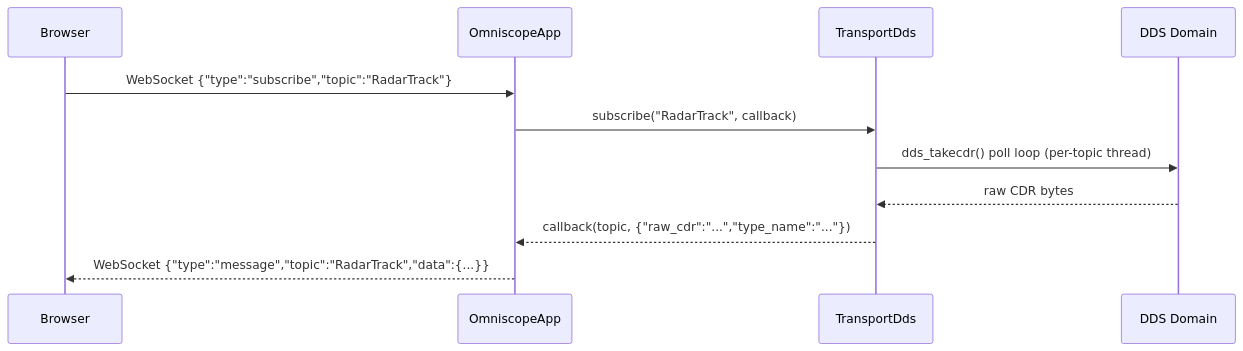
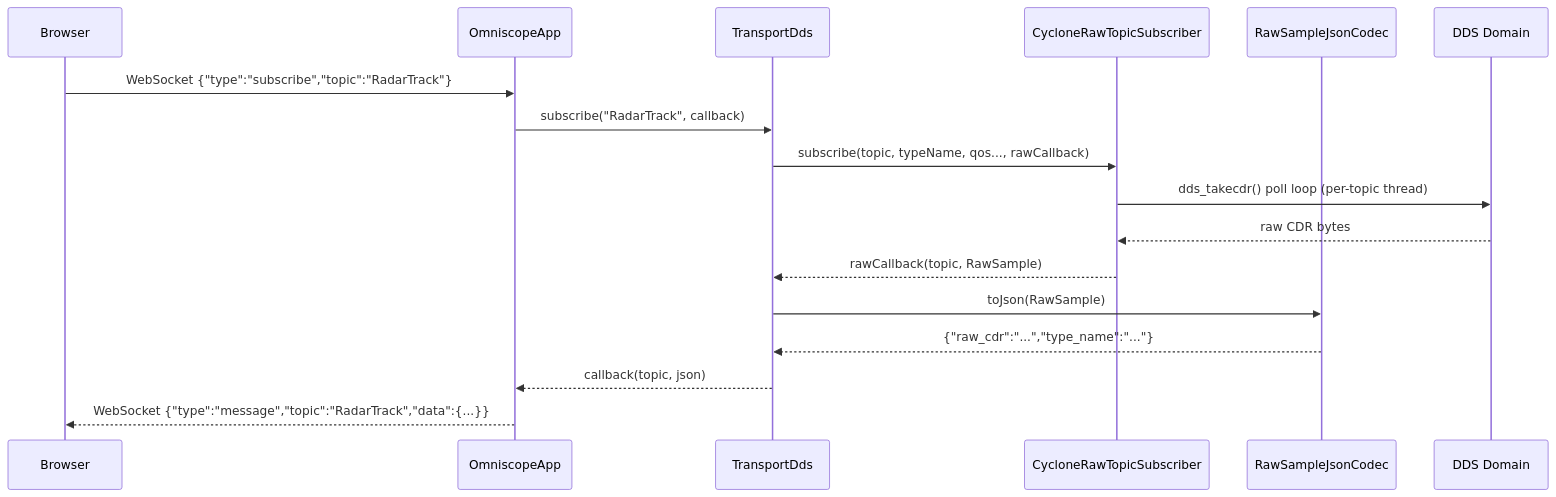
One commit to sfestenstein/ContainerizedCPP changed the fourth of 5 diagrams in src/apps/OmniscopeDds/DESIGN.md. Above: the diagram before and after it, drawn with Mermaid. The commit also changed other lines of this file and 26 other files, not shown here.

````diff
--- a/src/apps/OmniscopeDds/DESIGN.md
+++ b/src/apps/OmniscopeDds/DESIGN.md
@@ -108,14 +191,20 @@
 ```mermaid
 sequenceDiagram
     participant B as Browser
     participant App as OmniscopeApp
     participant DT as TransportDds
+    participant Sub as CycloneRawTopicSubscriber
+    participant Codec as RawSampleJsonCodec
     participant DDS as DDS Domain
 
     B->>App: WebSocket {"type":"subscribe","topic":"RadarTrack"}
     App->>DT: subscribe("RadarTrack", callback)
-    DT->>DDS: dds_takecdr() poll loop (per-topic thread)
-    DDS-->>DT: raw CDR bytes
-    DT-->>App: callback(topic, {"raw_cdr":"...","type_name":"..."})
+    DT->>Sub: subscribe(topic, typeName, qos..., rawCallback)
+    Sub->>DDS: dds_takecdr() poll loop (per-topic thread)
+    DDS-->>Sub: raw CDR bytes
+    Sub-->>DT: rawCallback(topic, RawSample)
+    DT->>Codec: toJson(RawSample)
+    Codec-->>DT: {"raw_cdr":"...","type_name":"..."}
+    DT-->>App: callback(topic, json)
     App-->>B: WebSocket {"type":"message","topic":"RadarTrack","data":{...}}
 ```
````
